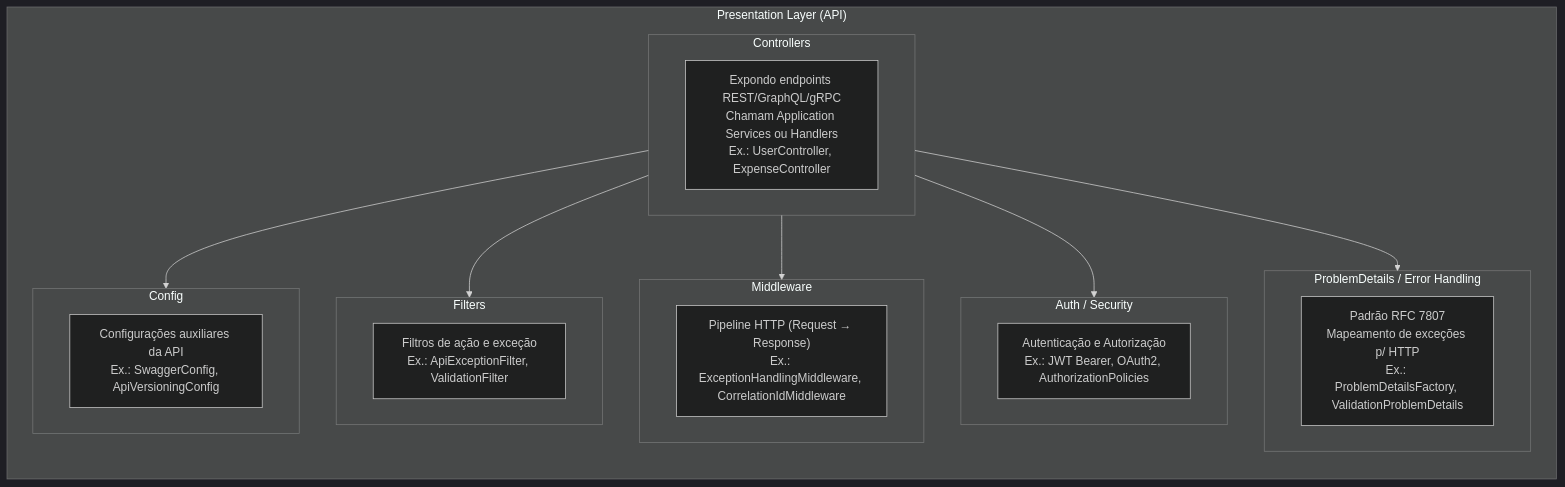
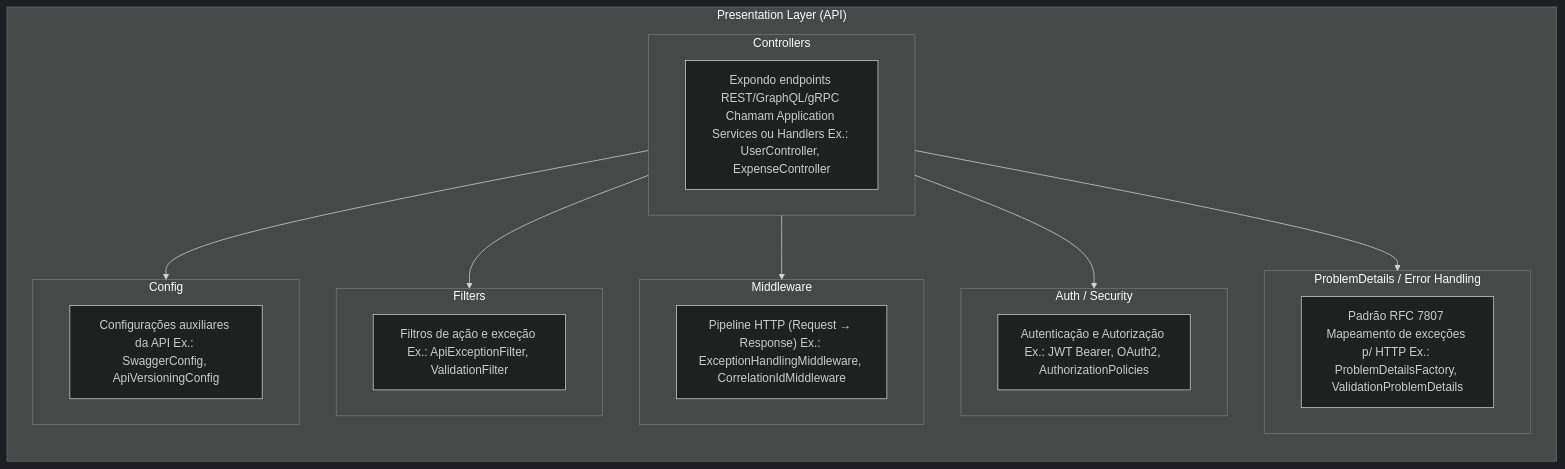
One commit to rodrigofurlaneti/FSI.Authentication.Api.BackEnd changed diagram 12 of 13 in README.md. Above: the diagram before and after it, drawn with Mermaid (dark theme). The commit also changed other lines of this file, not shown here.

````diff
--- a/README.md
+++ b/README.md
@@ -458,39 +458,39 @@
 ```mermaid
 %%{init: {"flowchart": {"htmlLabels": false}} }%%
 flowchart TB
 
   subgraph Presentation["Presentation Layer (API)"]
     direction TB
 
     subgraph Controllers["Controllers"]
-      C_desc["Expondo endpoints REST/GraphQL/gRPC\nChamam Application Services ou Handlers\nEx.: UserController, ExpenseController"]
+      C_desc["Expondo endpoints REST/GraphQL/gRPC Chamam Application Services ou Handlers Ex.: UserController, ExpenseController"]
     end
 
     subgraph Filters["Filters"]
-      F_desc["Filtros de ação e exceção\nEx.: ApiExceptionFilter, ValidationFilter"]
+      F_desc["Filtros de ação e exceção Ex.: ApiExceptionFilter, ValidationFilter"]
     end
 
     subgraph Middleware["Middleware"]
-      M_desc["Pipeline HTTP (Request → Response)\nEx.: ExceptionHandlingMiddleware, CorrelationIdMiddleware"]
+      M_desc["Pipeline HTTP (Request → Response) Ex.: ExceptionHandlingMiddleware, CorrelationIdMiddleware"]
     end
 
     subgraph Auth["Auth / Security"]
-      A_desc["Autenticação e Autorização\nEx.: JWT Bearer, OAuth2, AuthorizationPolicies"]
+      A_desc["Autenticação e Autorização Ex.: JWT Bearer, OAuth2, AuthorizationPolicies"]
     end
 
     subgraph ProblemDetails["ProblemDetails / Error Handling"]
-      PD_desc["Padrão RFC 7807\nMapeamento de exceções p/ HTTP\nEx.: ProblemDetailsFactory, ValidationProblemDetails"]
+      PD_desc["Padrão RFC 7807 Mapeamento de exceções p/ HTTP Ex.: ProblemDetailsFactory, ValidationProblemDetails"]
     end
 
     subgraph Config["Config"]
-      Co_desc["Configurações auxiliares da API\nEx.: SwaggerConfig, ApiVersioningConfig"]
+      Co_desc["Configurações auxiliares da API Ex.: SwaggerConfig, ApiVersioningConfig"]
     end
   end
 
   %% Relações
   Controllers --> Filters
   Controllers --> Middleware
   Controllers --> Auth
   Controllers --> ProblemDetails
   Controllers --> Config
 ```
````
